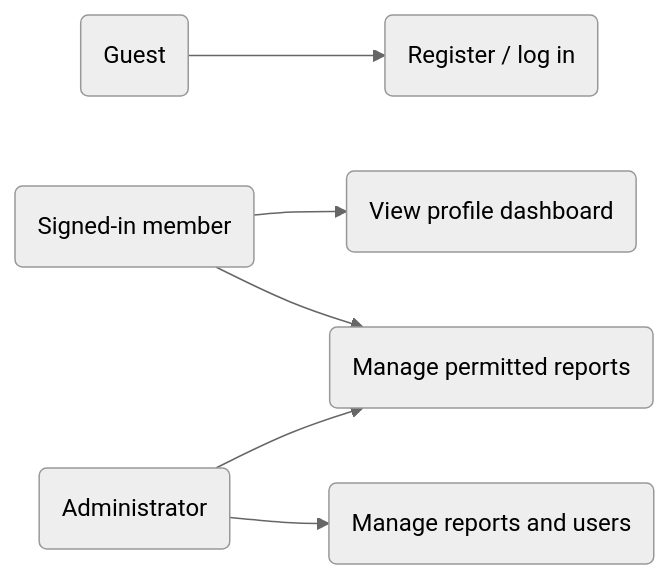
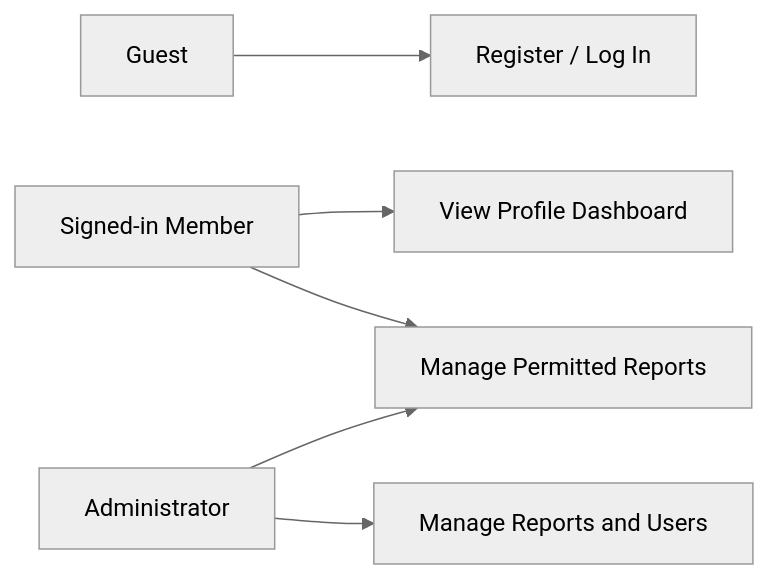
One commit to Ishmam2222/Campus-Lost-Found-Management-System changed the second of 2 diagrams in docs/02-srs.md. Above: the diagram before and after it, drawn with Mermaid (neutral theme). The commit also changed other lines of this file, not shown here.

````diff
--- a/docs/02-srs.md
+++ b/docs/02-srs.md
@@ -107,10 +149,19 @@
 ```mermaid
 flowchart LR
-    Guest(Guest) --> Reg(Register / log in)
+    Guest["Guest"]
+    Member["Signed-in Member"]
+    Admin["Administrator"]
 
-    Member(Signed-in member) --> Dash(View profile dashboard)
-    Member --> Permitted(Manage permitted reports)
+    Reg["Register / Log In"]
+    Dash["View Profile Dashboard"]
+    Permitted["Manage Permitted Reports"]
+    ManageAll["Manage Reports and Users"]
 
-    Admin(Administrator) --> Permitted
-    Admin --> ManageAll(Manage reports and users)
+    Guest --> Reg
+
+    Member --> Dash
+    Member --> Permitted
+
+    Admin --> Permitted
+    Admin --> ManageAll
 ```
````
